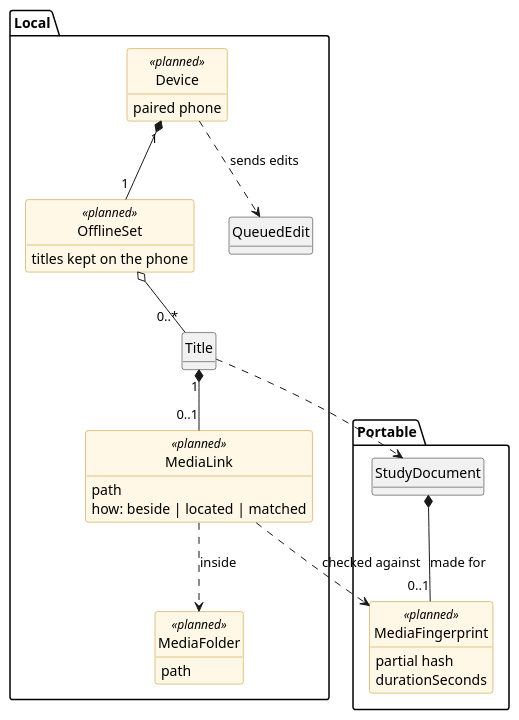
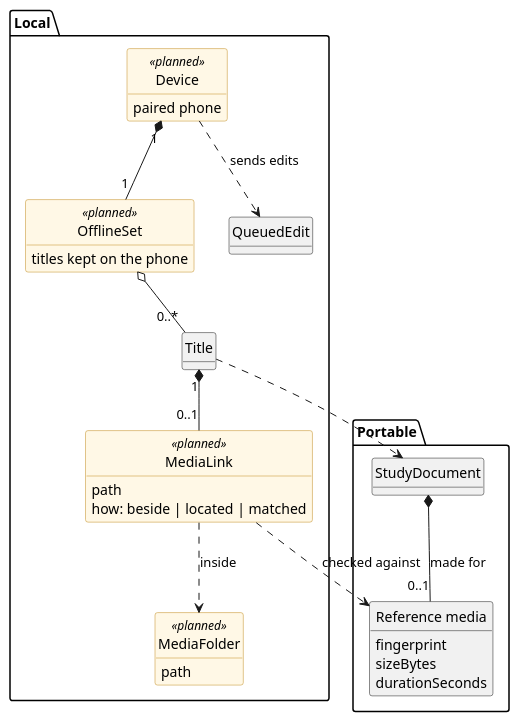
Before and after one commit to parkie213/petites-roues: the diagram in docs/diagrams/roadmap-model.puml, drawn with PlantUML. The commit also changed 53 other files, not shown here.

First line of the commit message:
Record each document's reference media

```diff
--- a/docs/diagrams/roadmap-model.puml
+++ b/docs/diagrams/roadmap-model.puml
@@ -1,45 +1,46 @@
 @startuml
 hide methods
 hide circle
 skinparam shadowing false
 skinparam classAttributeIconSize 0
 skinparam defaultFontName sans-serif
 skinparam class {
   BackgroundColor<<planned>> #FFF8E6
   BorderColor<<planned>> #C08A1E
 }
 
 package "Portable" {
   class StudyDocument
-  class MediaFingerprint <<planned>> {
-    partial hash
+  class "Reference media" as Reference {
+    fingerprint
+    sizeBytes
     durationSeconds
   }
 }
 package "Local" {
   class Title
   class MediaFolder <<planned>> {
     path
   }
   class MediaLink <<planned>> {
     path
     how: beside | located | matched
   }
   class Device <<planned>> {
     paired phone
   }
   class OfflineSet <<planned>> {
     titles kept on the phone
   }
   class QueuedEdit
 }
 
-StudyDocument *-- "0..1" MediaFingerprint : made for
+StudyDocument *-- "0..1" Reference : made for
 Title ..> StudyDocument
 Title "1" *-- "0..1" MediaLink
 MediaLink ..> MediaFolder : inside
-MediaLink ..> MediaFingerprint : checked against
+MediaLink ..> Reference : checked against
 Device "1" *-- "1" OfflineSet
 OfflineSet o-- "0..*" Title
 Device ..> QueuedEdit : sends edits
 @enduml
```
